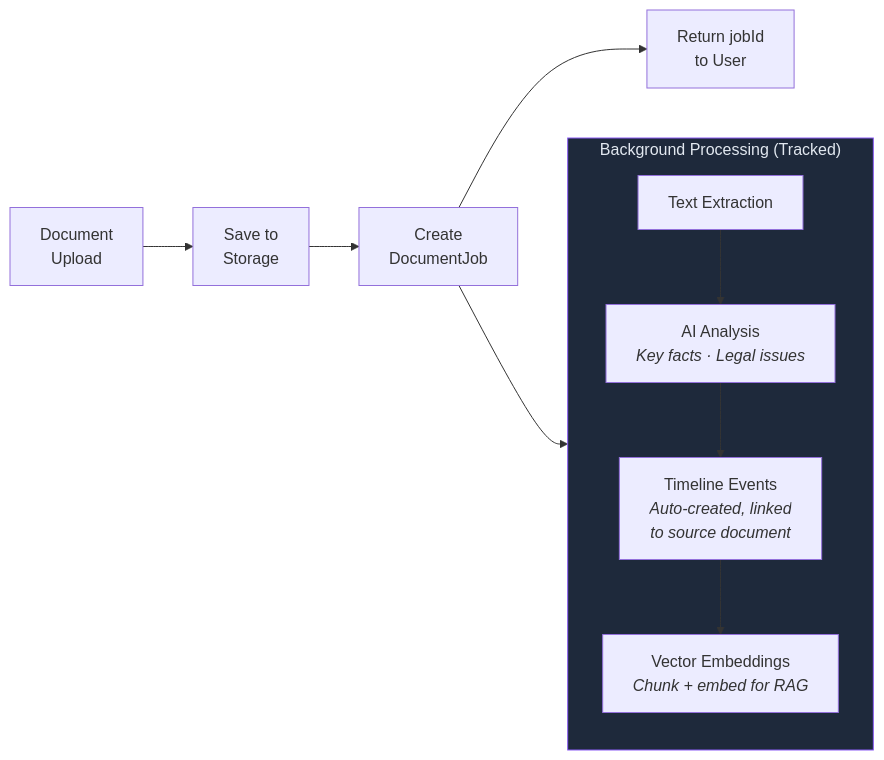
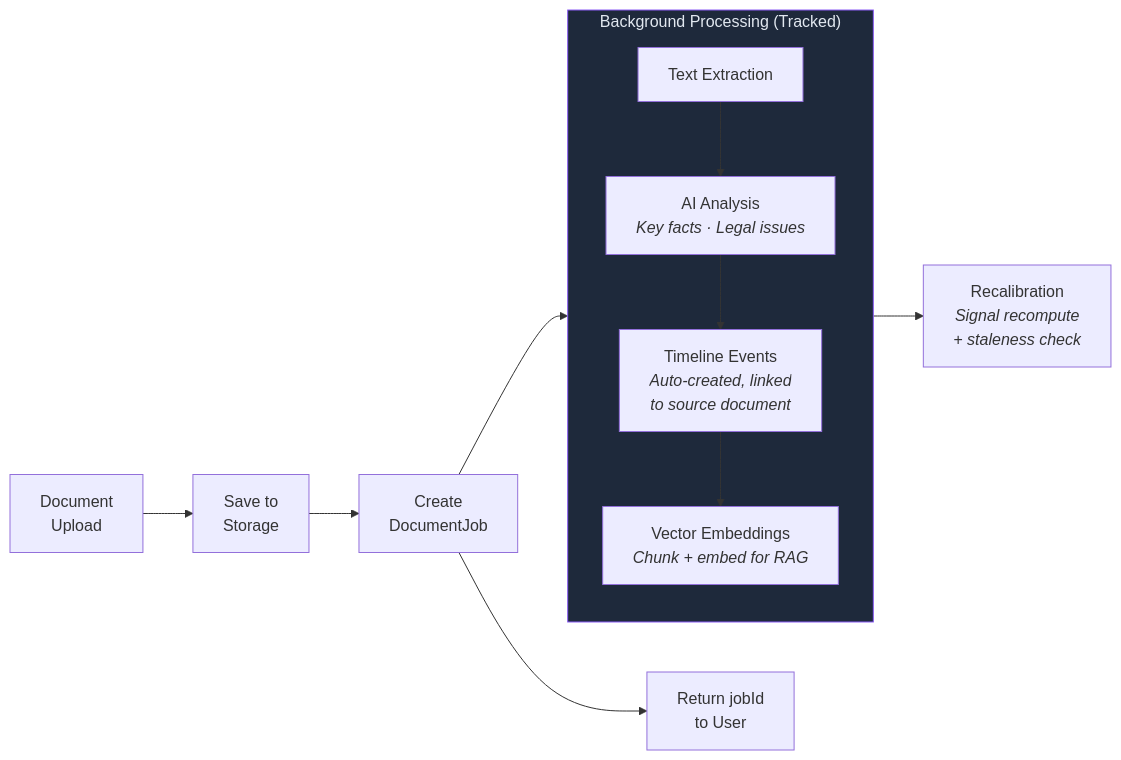
One commit to EolaFam1828/AetherLegalIntelligence changed the sixth of 12 diagrams in ARCHITECTURE.md. Above: the diagram before and after it, drawn with Mermaid. The commit also changed other lines of this file and 2 other files, not shown here.

First line of the commit message:
Sync docs: intelligence architecture, 25 models, 63 endpoints, signals, knowledge graph

````diff
--- a/ARCHITECTURE.md
+++ b/ARCHITECTURE.md
@@ -193,19 +281,21 @@
 ```mermaid
 flowchart LR
     UPLOAD["Document<br/>Upload"] --> SAVE["Save to<br/>Storage"]
     SAVE --> JOB["Create<br/>DocumentJob"]
     JOB --> RESPOND["Return jobId<br/>to User"]
     JOB --> ASYNC["Async Pipeline"]
 
     subgraph ASYNC["Background Processing (Tracked)"]
         direction TB
         TEXT["Text Extraction"]
         ANALYZE["AI Analysis<br/><i>Key facts · Legal issues</i>"]
         TIMELINE["Timeline Events<br/><i>Auto-created, linked<br/>to source document</i>"]
         VECTORS["Vector Embeddings<br/><i>Chunk + embed for RAG</i>"]
 
         TEXT --> ANALYZE --> TIMELINE --> VECTORS
     end
 
+    ASYNC --> RECALIB["Recalibration<br/><i>Signal recompute<br/>+ staleness check</i>"]
+
     style ASYNC fill:#1e293b,stroke:#8b5cf6,color:#e2e8f0
 ```
````
